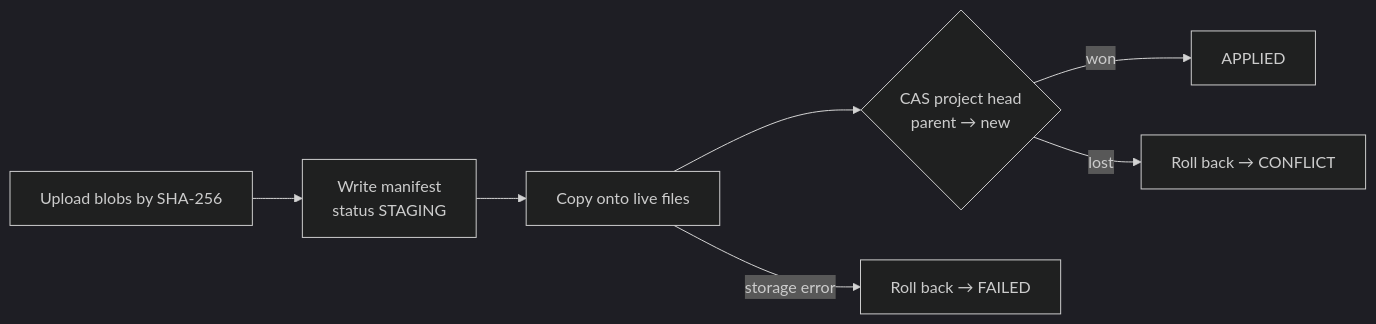
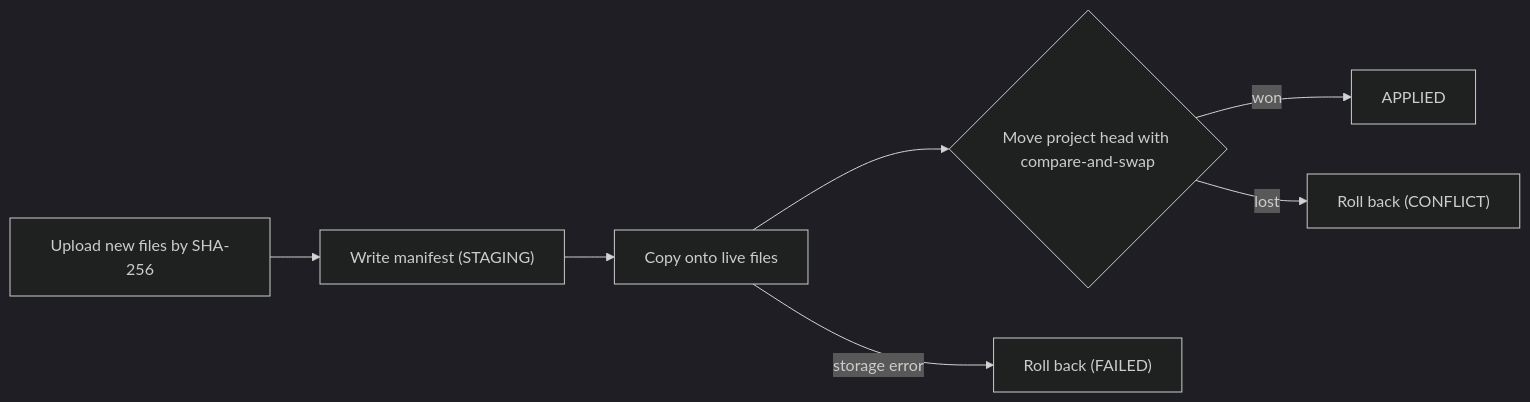
The fourth of 6 diagrams in docs/architecture.md (Divyanshu2805/singularity), drawn with Mermaid (dark theme) before and after one commit. The commit also changed other lines of this file and 8 other files, not shown here.

Commit message:
docs: fix mermaid diagrams and expand README

````diff
--- a/docs/architecture.md
+++ b/docs/architecture.md
@@ -93,9 +80,9 @@
 ```mermaid
 flowchart LR
-    S[Upload blobs by SHA-256] --> MF[Write manifest<br/>status STAGING]
-    MF --> AP[Copy onto live files]
-    AP --> CAS{CAS project head<br/>parent → new}
-    CAS -->|won| OK[APPLIED]
-    CAS -->|lost| RB[Roll back → CONFLICT]
-    AP -->|storage error| RB2[Roll back → FAILED]
+    S["Upload new files by SHA-256"] --> MF["Write manifest (STAGING)"]
+    MF --> AP["Copy onto live files"]
+    AP --> CAS{"Move project head with compare-and-swap"}
+    CAS -- won --> OK["APPLIED"]
+    CAS -- lost --> C["Roll back (CONFLICT)"]
+    AP -- storage error --> F["Roll back (FAILED)"]
 ```
````
